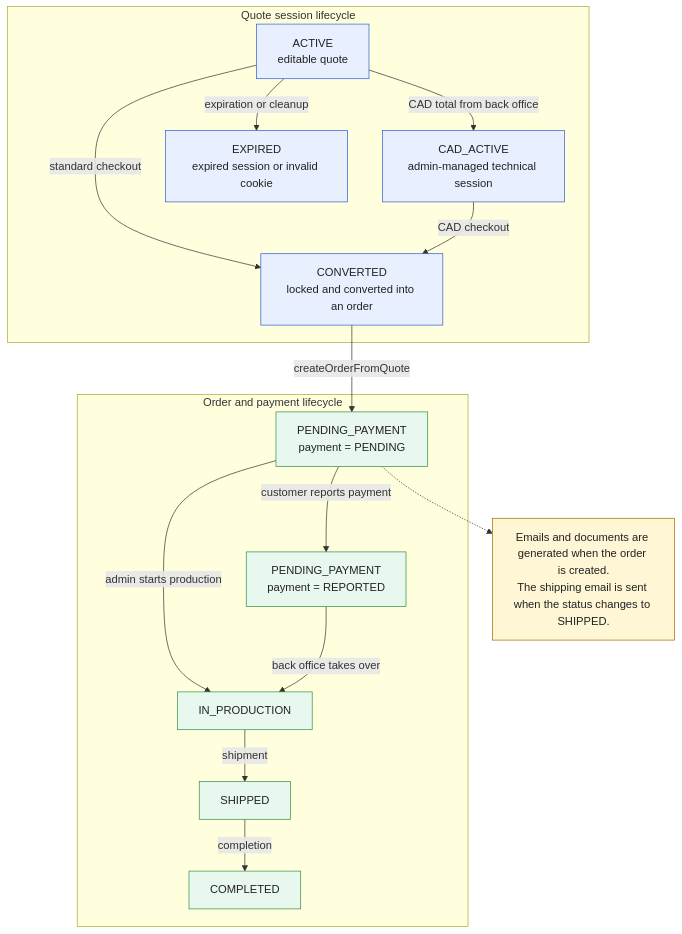
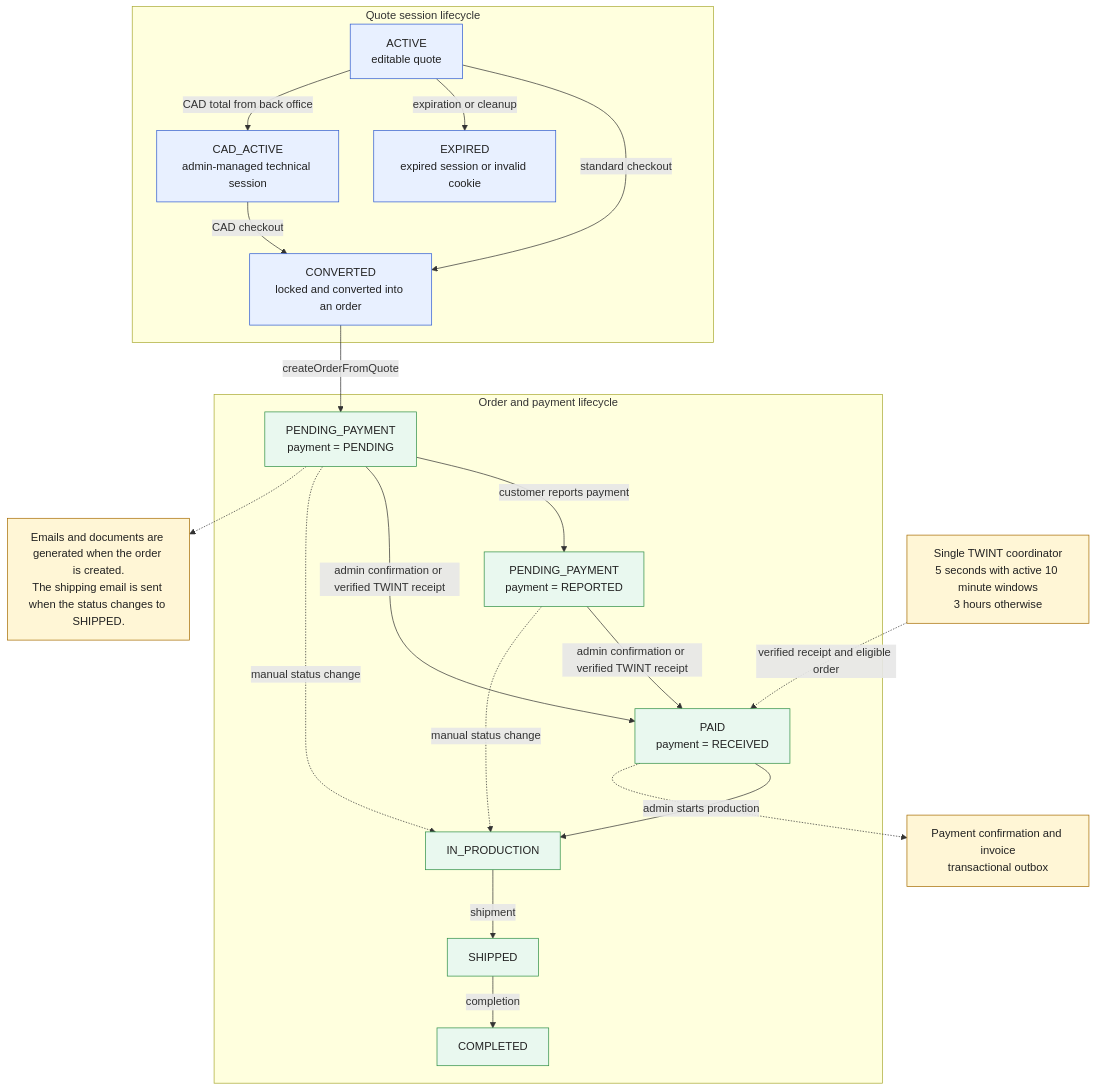
Before and after one commit to joekueng/3d-fab.ch: the diagram in docs/uml/en/08-lifecycle-sessione-e-ordine.mmd, drawn with Mermaid. The commit also changed 14 other files, not shown here.

```diff
--- a/docs/uml/en/08-lifecycle-sessione-e-ordine.mmd
+++ b/docs/uml/en/08-lifecycle-sessione-e-ordine.mmd
@@ -1,34 +1,43 @@
 flowchart TB
     classDef quote fill:#e8f0ff,stroke:#2f5bd1,color:#222;
     classDef order fill:#e9f8ef,stroke:#2f8f46,color:#222;
     classDef note fill:#fff6d6,stroke:#a66c00,color:#222;
 
     subgraph QuoteLifecycle[Quote session lifecycle]
         Q1[ACTIVE<br/>editable quote]:::quote
         Q2[CAD_ACTIVE<br/>admin-managed technical session]:::quote
         Q3[CONVERTED<br/>locked and converted into an order]:::quote
         Q4[EXPIRED<br/>expired session or invalid cookie]:::quote
 
         Q1 -->|standard checkout| Q3
         Q1 -->|expiration or cleanup| Q4
         Q1 -->|CAD total from back office| Q2
         Q2 -->|CAD checkout| Q3
     end
 
     subgraph OrderLifecycle[Order and payment lifecycle]
         O1[PENDING_PAYMENT<br/>payment = PENDING]:::order
         O2[PENDING_PAYMENT<br/>payment = REPORTED]:::order
+        Paid[PAID<br/>payment = RECEIVED]:::order
         O3[IN_PRODUCTION]:::order
         O4[SHIPPED]:::order
         O5[COMPLETED]:::order
 
         O1 -->|customer reports payment| O2
-        O1 -->|admin starts production| O3
-        O2 -->|back office takes over| O3
+        O1 -->|admin confirmation or verified TWINT receipt| Paid
+        O2 -->|admin confirmation or verified TWINT receipt| Paid
+        Paid -->|admin starts production| O3
+        O1 -.->|manual status change| O3
+        O2 -.->|manual status change| O3
         O3 -->|shipment| O4
         O4 -->|completion| O5
     end
 
     Q3 -->|createOrderFromQuote| O1
     Note1[Emails and documents are generated when the order is created.<br/>The shipping email is sent when the status changes to SHIPPED.]:::note
     O1 -.-> Note1
+
+    PaymentMail[Payment confirmation and invoice<br/>transactional outbox]:::note
+    Paid -.-> PaymentMail
+    Twint[Single TWINT coordinator<br/>5 seconds with active 10 minute windows<br/>3 hours otherwise]:::note
+    Twint -.->|verified receipt and eligible order| Paid
```
